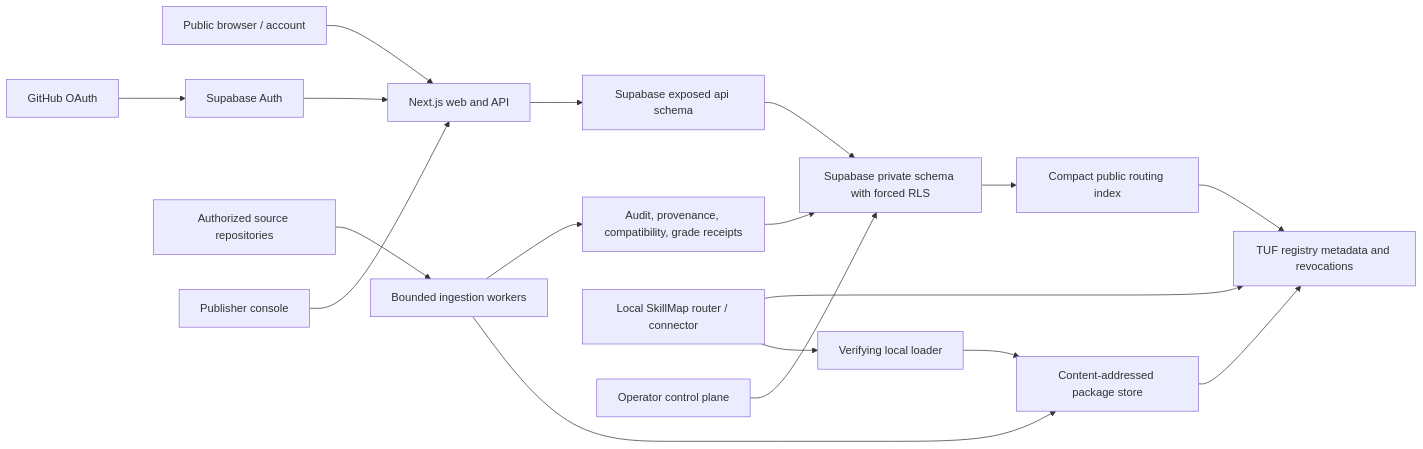
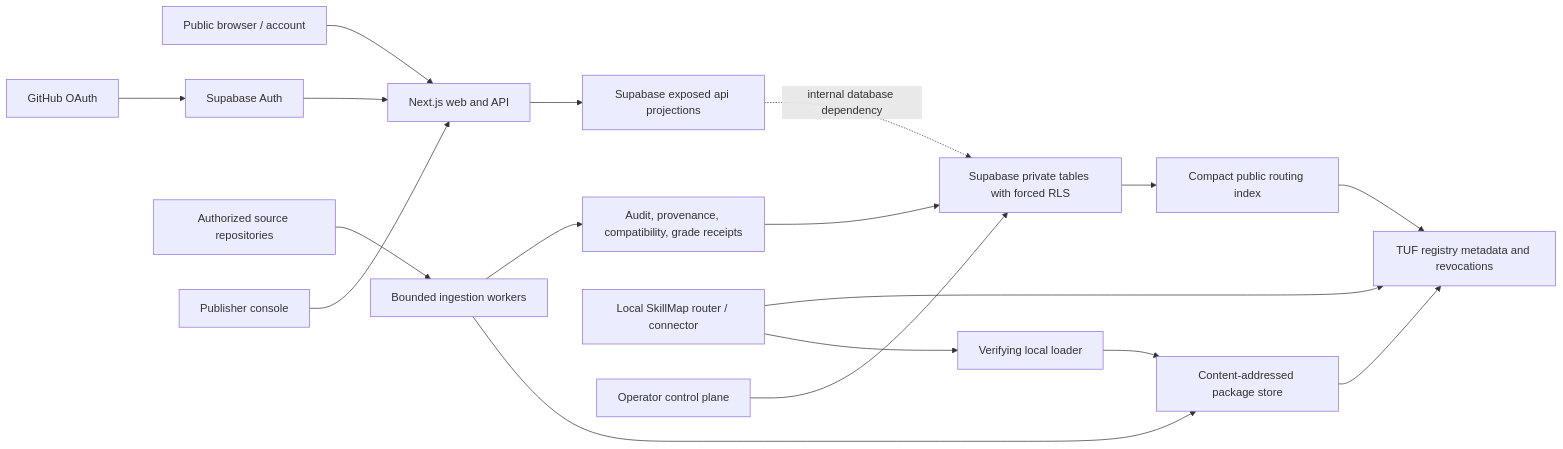
The diagram in docs/architecture/hosted-registry.md (0x3-team/skillmap), drawn with Mermaid before and after one commit. The commit also changed 55 other files, not shown here.

````diff
--- a/docs/architecture/hosted-registry.md
+++ b/docs/architecture/hosted-registry.md
@@ -7,23 +7,23 @@
 ```mermaid
 flowchart LR
   Browser["Public browser / account"] --> Web["Next.js web and API"]
-  Web --> PublicAPI["Supabase exposed api schema"]
-  PublicAPI --> PrivateDB["Supabase private schema with forced RLS"]
+  Web --> PublicAPI["Supabase exposed api projections"]
+  PublicAPI -. "internal database dependency" .-> PrivateDB["Supabase private tables with forced RLS"]
   GitHub["GitHub OAuth"] --> SupabaseAuth["Supabase Auth"]
   SupabaseAuth --> Web
 
   Sources["Authorized source repositories"] --> Ingest["Bounded ingestion workers"]
   Ingest --> Evidence["Audit, provenance, compatibility, grade receipts"]
   Ingest --> Artifacts["Content-addressed package store"]
   Evidence --> PrivateDB
   Artifacts --> TUF["TUF registry metadata and revocations"]
   PrivateDB --> Index["Compact public routing index"]
   Index --> TUF
 
   Local["Local SkillMap router / connector"] --> TUF
   Local --> Loader["Verifying local loader"]
   Loader --> Artifacts
 
   Operator["Operator control plane"] --> PrivateDB
   Publisher["Publisher console"] --> Web
 ```
````
